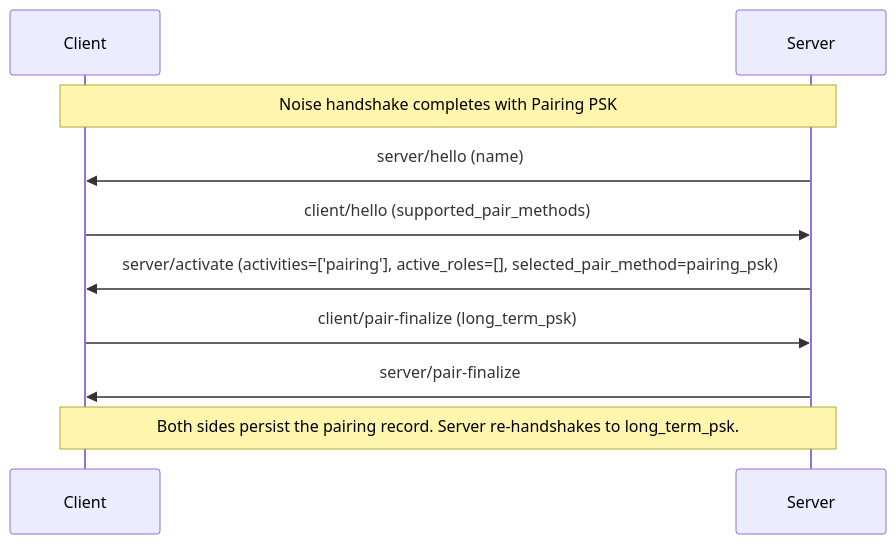
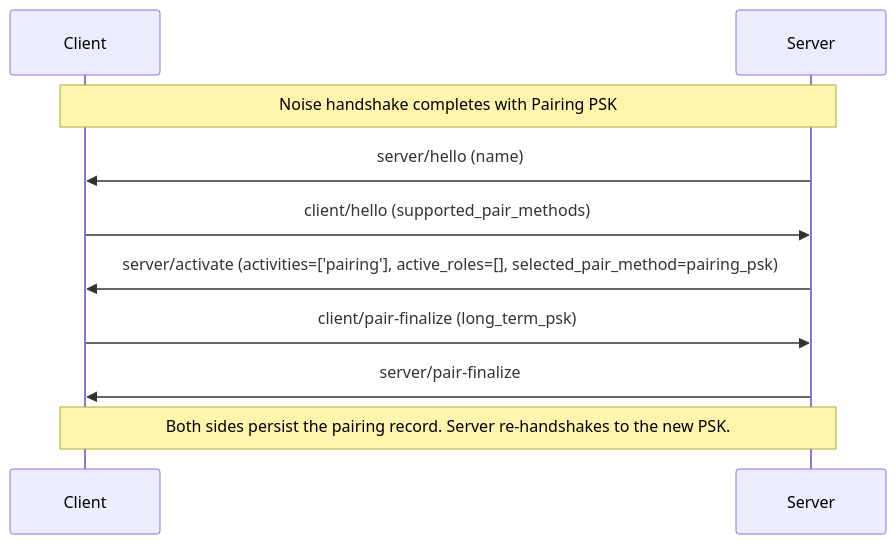
The second of 4 diagrams in README.md (Resonate-Protocol/spec), drawn with Mermaid before and after one commit. The commit also changed other lines of this file, not shown here.

First line of the commit message:
Wrap PSK under CPace output (#117)

````diff
--- a/README.md
+++ b/README.md
@@ -755,14 +755,14 @@
 ```mermaid
 sequenceDiagram
     participant Client
     participant Server
 
     Note over Client,Server: Noise handshake completes with Pairing PSK
 
     Server->>Client: server/hello (name)
     Client->>Server: client/hello (supported_pair_methods)
     Server->>Client: server/activate (activities=['pairing'], active_roles=[], selected_pair_method=pairing_psk)
     Client->>Server: client/pair-finalize (long_term_psk)
     Server->>Client: server/pair-finalize
-    Note over Client,Server: Both sides persist the pairing record. Server re-handshakes to long_term_psk.
+    Note over Client,Server: Both sides persist the pairing record. Server re-handshakes to the new PSK.
 ```
````
